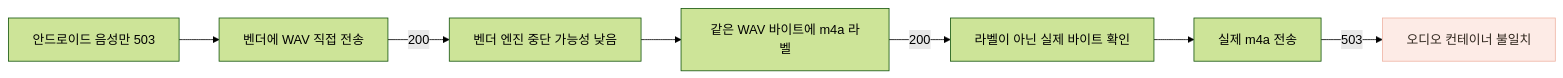
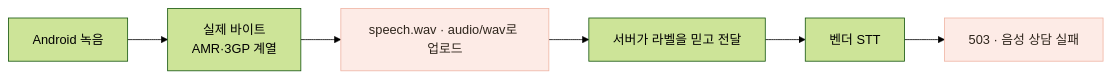
Before and after one commit to Jinacker/PortFolio: the first of 2 diagrams in public/mds/kkinitalk/ts-4-audio.md, drawn with Mermaid (forest theme). The commit also changed other lines of this file and 1 other file, not shown here.

````diff
--- a/public/mds/kkinitalk/ts-4-audio.md
+++ b/public/mds/kkinitalk/ts-4-audio.md
@@ -30,11 +35,11 @@
 ```mermaid
 flowchart LR
-    FAIL["안드로이드 음성만 503"] --> DIRECT["벤더에 WAV 직접 전송"]
-    DIRECT -->|"200"| SERVER["벤더 엔진 중단 가능성 낮음"]
-    SERVER --> MIME["같은 WAV 바이트에 m4a 라벨"]
-    MIME -->|"200"| BYTES["라벨이 아닌 실제 바이트 확인"]
-    BYTES --> REAL["실제 m4a 전송"]
-    REAL -->|"503"| CAUSE["오디오 컨테이너 불일치"]
+    APP["Android 녹음"] --> BYTES["실제 바이트<br/>AMR·3GP 계열"]
+    BYTES --> LABEL["speech.wav · audio/wav로 업로드"]
+    LABEL --> SERVER["서버가 라벨을 믿고 전달"]
+    SERVER --> STT["벤더 STT"]
+    STT --> FAIL["503 · 음성 상담 실패"]
 
-    style CAUSE fill:#FDEBE6,stroke:#EFB4A3,color:#2E251C
+    style LABEL fill:#FDEBE6,stroke:#EFB4A3,color:#2E251C
+    style FAIL fill:#FDEBE6,stroke:#EFB4A3,color:#2E251C
 ```
````
